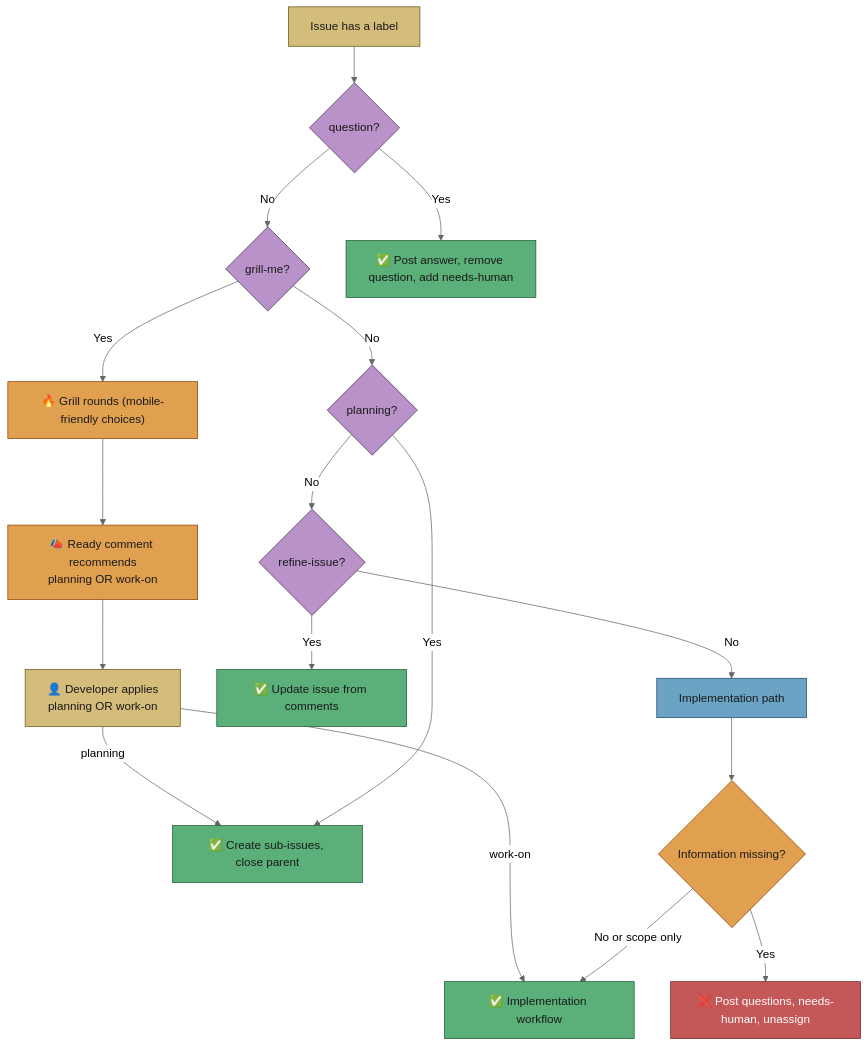
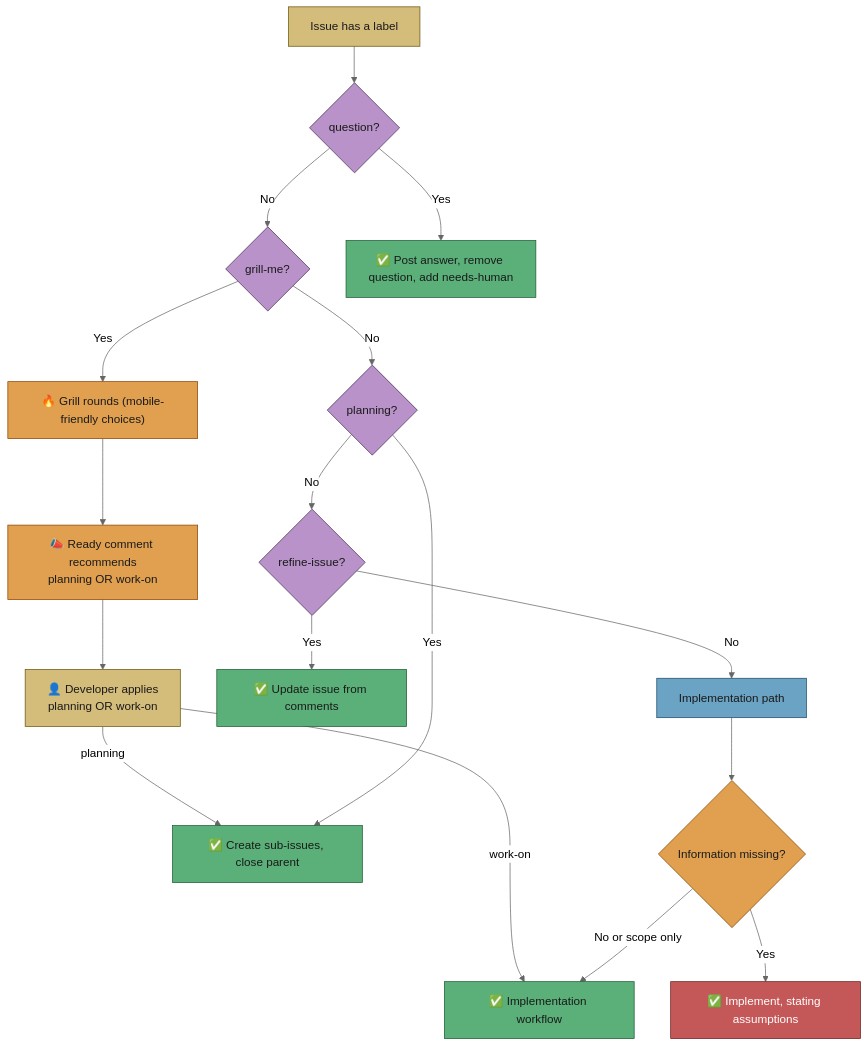
Before and after one commit to stSoftwareAU/VibeCoder: the first of 12 diagrams in docs/workflows/planning-and-questions.md, drawn with Mermaid (neutral theme). The commit also changed other lines of this file and 40 other files, not shown here.

````diff
--- a/docs/workflows/planning-and-questions.md
+++ b/docs/workflows/planning-and-questions.md
@@ -26,49 +26,49 @@
 ```mermaid
 flowchart TD
   Label["Issue has a label"]
   Q{"question?"}
   G{"grill-me?"}
   P{"planning?"}
   R{"refine-issue?"}
   Quest["✅ Post answer, remove question, add needs-human"]
   Grill["🔥 Grill rounds (mobile-friendly choices)"]
   Ready["📣 Ready comment recommends<br/>planning OR work-on"]
   Dev["👤 Developer applies<br/>planning OR work-on"]
   Plan["✅ Create sub-issues, close parent"]
   Work["✅ Implementation workflow"]
   Ref["✅ Update issue from comments"]
   Impl["Implementation path"]
   Clar{"Information missing?"}
-  Ask["❌ Post questions, needs-human, unassign"]
+  Ask["✅ Implement, stating assumptions"]
   Label --> Q
   Q -->|Yes| Quest
   Q -->|No| G
   G -->|Yes| Grill
   Grill --> Ready
   Ready --> Dev
   Dev -->|planning| Plan
   Dev -->|work-on| Work
   G -->|No| P
   P -->|Yes| Plan
   P -->|No| R
   R -->|Yes| Ref
   R -->|No| Impl
   Impl --> Clar
   Clar -->|Yes| Ask
   Clar -->|No or scope only| Work
   style Label fill:#d4bc7a,stroke:#6b5510,color:#1a1a1a
   style Q fill:#b892c8,stroke:#4a2d5a,color:#1a1a1a
   style G fill:#b892c8,stroke:#4a2d5a,color:#1a1a1a
   style P fill:#b892c8,stroke:#4a2d5a,color:#1a1a1a
   style R fill:#b892c8,stroke:#4a2d5a,color:#1a1a1a
   style Quest fill:#5ab078,stroke:#1d5a35,color:#1a1a1a
   style Grill fill:#e0a050,stroke:#8b4500,color:#1a1a1a
   style Ready fill:#e0a050,stroke:#8b4500,color:#1a1a1a
   style Dev fill:#d4bc7a,stroke:#6b5510,color:#1a1a1a
   style Plan fill:#5ab078,stroke:#1d5a35,color:#1a1a1a
   style Work fill:#5ab078,stroke:#1d5a35,color:#1a1a1a
   style Ref fill:#5ab078,stroke:#1d5a35,color:#1a1a1a
   style Impl fill:#6ba3c4,stroke:#1d4a6a,color:#1a1a1a
   style Clar fill:#e0a050,stroke:#8b4500,color:#1a1a1a
   style Ask fill:#c45858,stroke:#6b2020,color:#fff
 ```
````
